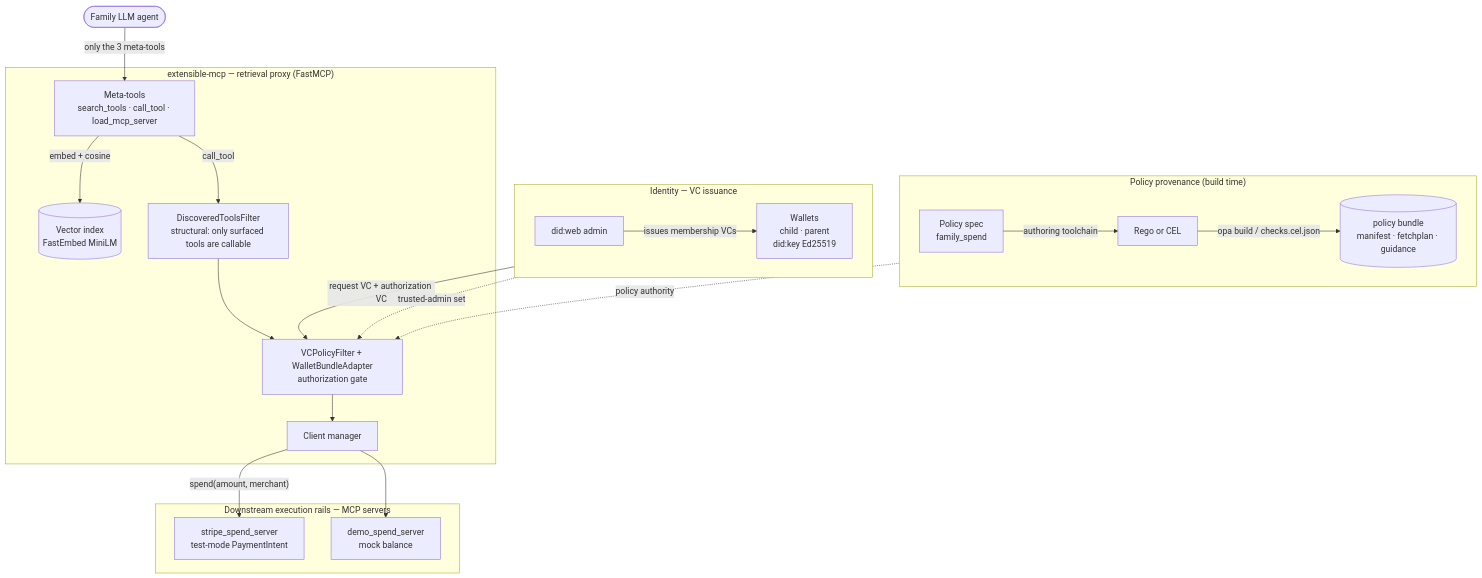
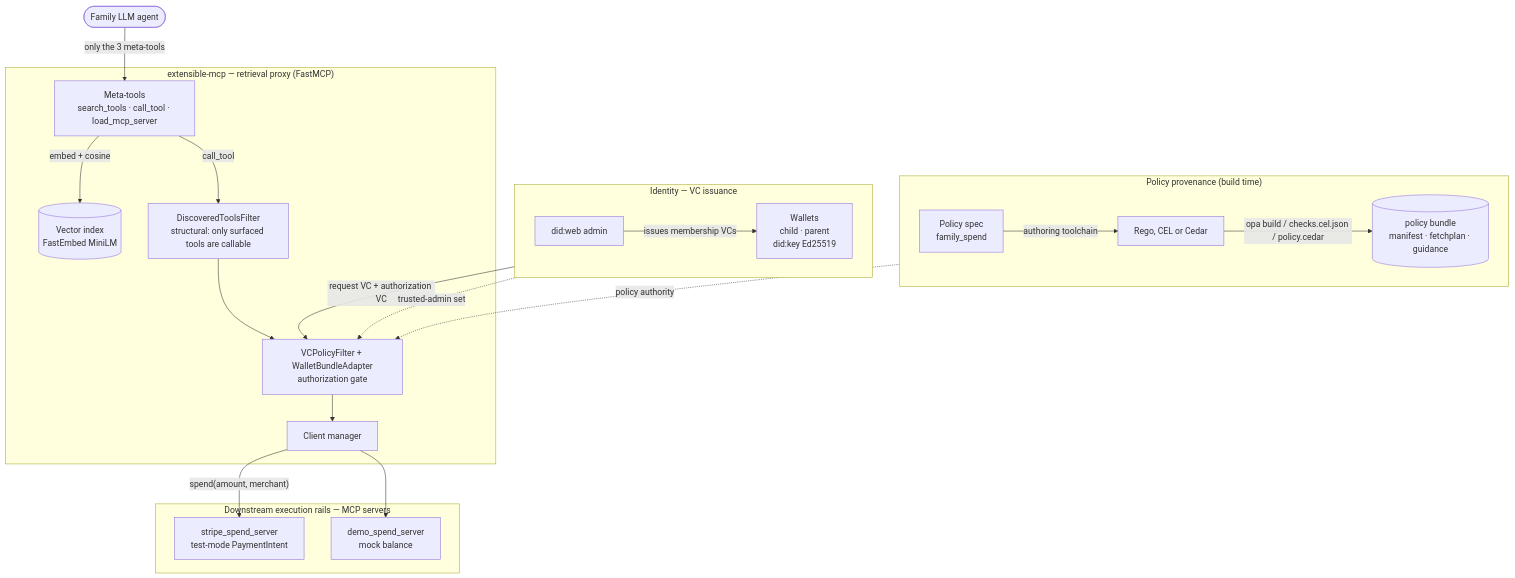
The first of 3 diagrams in examples/agentic-commerce-demo/docs/architecture.md (mattdfuchs/extensible-mcp), drawn with Mermaid before and after one commit. The commit also changed 5 other files, not shown here.

````diff
--- a/examples/agentic-commerce-demo/docs/architecture.md
+++ b/examples/agentic-commerce-demo/docs/architecture.md
@@ -21,37 +21,37 @@
 ```mermaid
 flowchart TB
     agent(["Family LLM agent"])
 
     subgraph provenance["Policy provenance (build time)"]
         direction LR
-        spec["Policy spec<br/>family_spend"] -->|"authoring toolchain"| rego["Rego or CEL"]
-        rego -->|"opa build / checks.cel.json"| wasm[("policy bundle<br/>manifest · fetchplan · guidance")]
+        spec["Policy spec<br/>family_spend"] -->|"authoring toolchain"| rego["Rego, CEL or Cedar"]
+        rego -->|"opa build / checks.cel.json / policy.cedar"| wasm[("policy bundle<br/>manifest · fetchplan · guidance")]
     end
 
     subgraph identity["Identity — VC issuance"]
         direction LR
         admin["did:web admin"] -->|"issues membership VCs"| wallets["Wallets<br/>child · parent<br/>did:key Ed25519"]
     end
 
     subgraph proxy["extensible-mcp — retrieval proxy (FastMCP)"]
         meta["Meta-tools<br/>search_tools · call_tool · load_mcp_server"]
         vec[("Vector index<br/>FastEmbed MiniLM")]
         disc["DiscoveredToolsFilter<br/>structural: only surfaced tools are callable"]
         vcf["VCPolicyFilter + WalletBundleAdapter<br/>authorization gate"]
         cm["Client manager"]
         meta -->|"embed + cosine"| vec
         meta -->|"call_tool"| disc --> vcf --> cm
     end
 
     subgraph rails["Downstream execution rails — MCP servers"]
         stripe["stripe_spend_server<br/>test-mode PaymentIntent"]
         demo["demo_spend_server<br/>mock balance"]
     end
 
     agent -->|"only the 3 meta-tools"| meta
     wallets -->|"request VC + authorization VC"| vcf
     wasm -.->|"policy authority"| vcf
     admin -.->|"trusted-admin set"| vcf
     cm -->|"spend(amount, merchant)"| stripe
     cm --> demo
 ```
````
